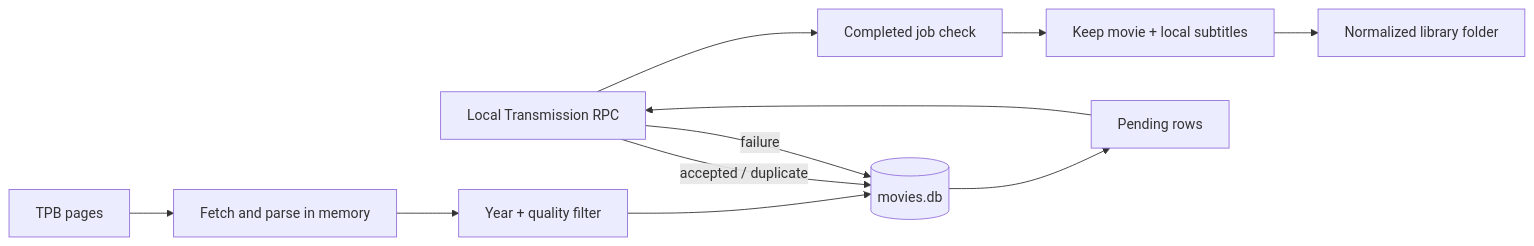
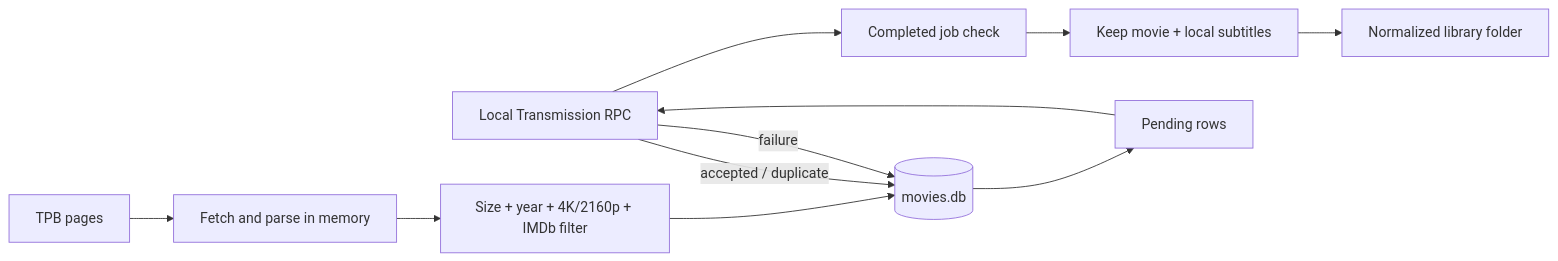
The diagram in DESIGN.md (neilzhangy/hd_movies_downloader), drawn with Mermaid before and after one commit. The commit also changed other lines of this file and 10 other files, not shown here.

Commit message:
Add 4K IMDb movie filter and FreeBSD build cache

````diff
--- a/DESIGN.md
+++ b/DESIGN.md
@@ -22,13 +23,13 @@
 ```mermaid
 flowchart LR
     Transmission[Local Transmission RPC] --> Complete[Completed job check]
     Complete --> Organize[Keep movie + local subtitles]
     Organize --> Library[Normalized library folder]
     Feed[TPB pages] --> Parse[Fetch and parse in memory]
-    Parse --> Filter[Year + quality filter]
+    Parse --> Filter[Size + year + 4K/2160p + IMDb filter]
     Filter --> DB[(movies.db)]
     DB --> Pending[Pending rows]
     Pending --> Transmission
     Transmission -->|accepted / duplicate| DB
     Transmission -->|failure| DB
 ```
````
